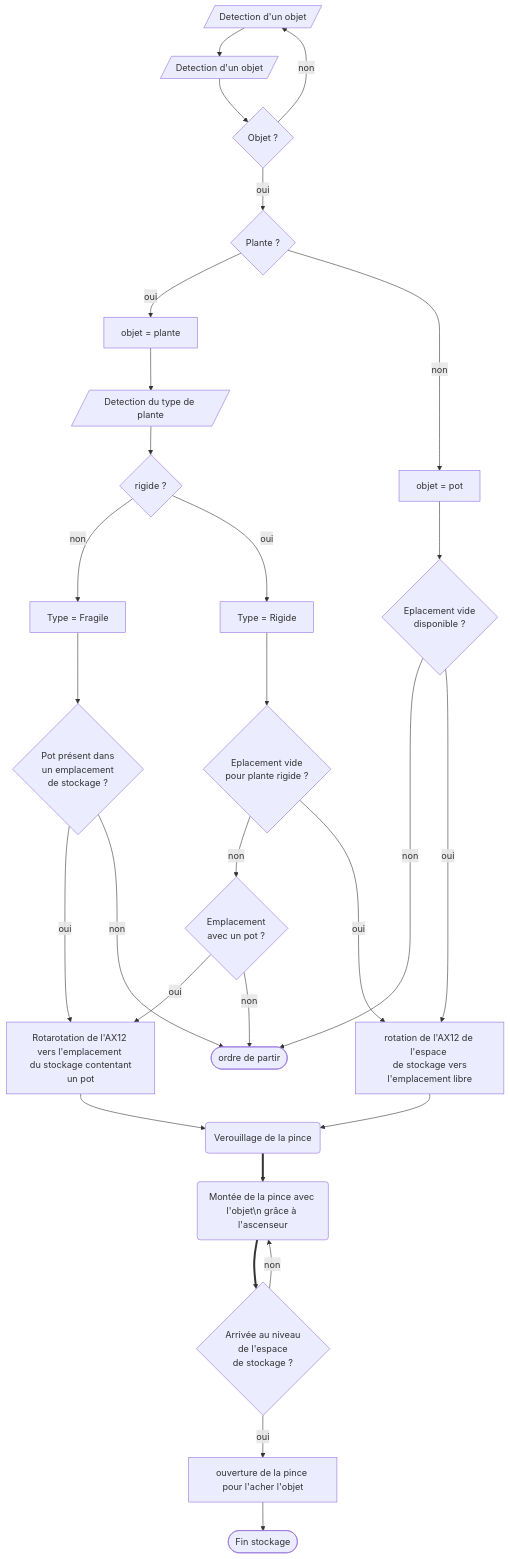
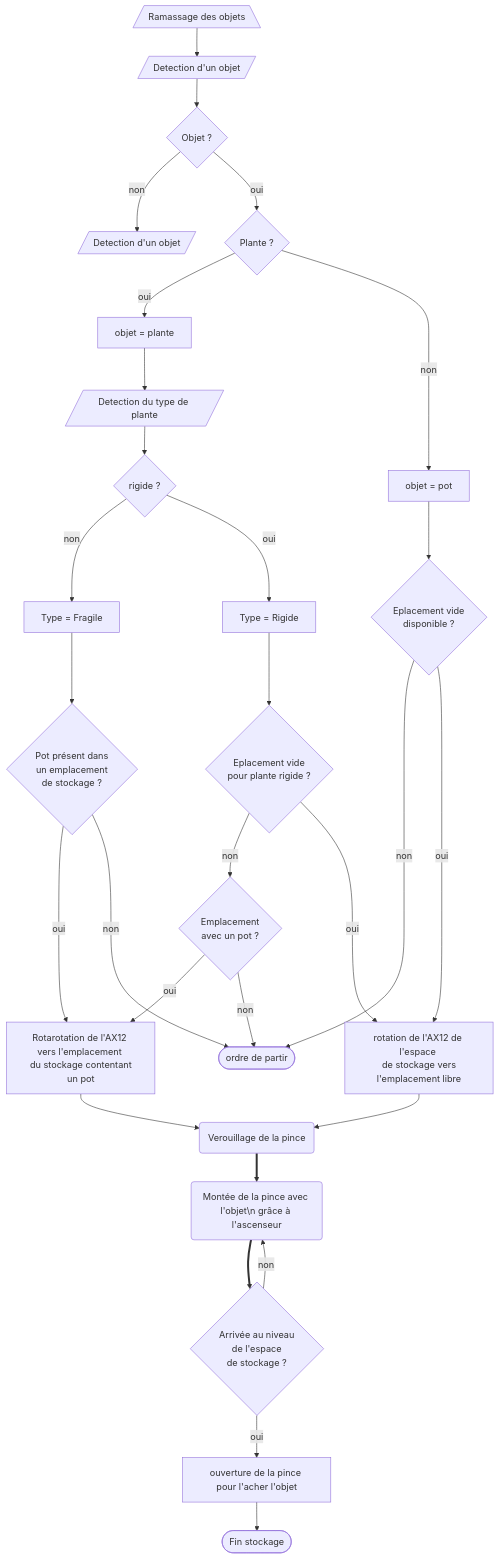
One commit to AresEnsea/2324_Projet2A_AresCFR changed the diagram in 2A/Architecture/Architecture.md. Above: the diagram before and after it, drawn with Mermaid.

````diff
--- a/2A/Architecture/Architecture.md
+++ b/2A/Architecture/Architecture.md
@@ -3,34 +3,34 @@
 ```mermaid
 flowchart TD;
-  Debut[/"`Ramassage des objets`"\] -->Detect[/"`Detection d'un objet`"/]-->Objet{Objet ?};
+  DebutT[/"`Ramassage des objets`"\] -->Detect[/"`Detection d'un objet`"/]-->Objet{Objet ?};
   Objet-->|non| Debut[/"`Detection d'un objet`"/];
   Objet-->|oui| Plante{Plante ?};
 
   Plante -->|oui| ObjetPlante["objet = plante"]-->rigide[/"`Detection du type de plante`"/];
   Plante -->|non| ObjetPot["objet = pot"];
 
   rigide-->Rigide{rigide ?};
   Rigide-->|non|TypeFragile["Type = Fragile"];
   Rigide-->|oui|typerigide["Type = Rigide"];
 
   TypeFragile-->Potpresent{Pot présent dans\n un emplacement \nde stockage ?};
   Potpresent--->|oui|AX12pot;
   Potpresent--->|non|Partir;
 
   typerigide-->Vide2{"Eplacement vide\n pour plante rigide ?"};
   Vide2-->|non| EmplacementPot{"Emplacement\n avec un pot ?"};
   Vide2-->|oui| AX12vide["rotation de l'AX12 de l'espace \n de stockage vers l'emplacement libre"] ;
   EmplacementPot-->|oui| AX12pot["Rotarotation de l'AX12 vers l'emplacement \n du stockage contentant un pot "];
   EmplacementPot-->|non| Partir;
   ObjetPot-->ObjetPot?{Eplacement vide\n disponible ?};
   ObjetPot?-->|non| Partir(["`ordre de partir`"]);
   ObjetPot?---->|oui| AX12vide;
   AX12vide-->VerouillagePince;
   AX12pot-->
   VerouillagePince("`Verouillage de la pince`")==>
   MontéPince("`Montée de la pince avec l'objet\n grâce à l'ascenseur `")==>
   Arrivee{"Arrivée au niveau \n de l'espace \nde stockage ?"};
   Arrivee-->|non| MontéPince;
   Arrivee-->|oui| Ouverture["ouverture de la pince pour l'acher l'objet"]-->
   Fin(["`Fin stockage`"]);
 ```
````
